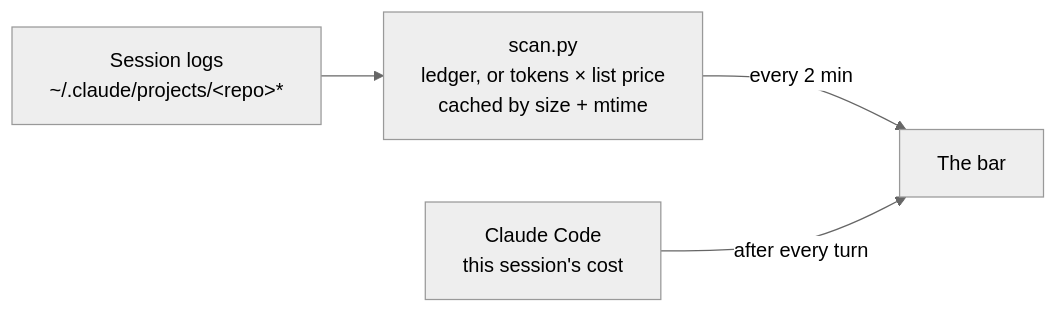
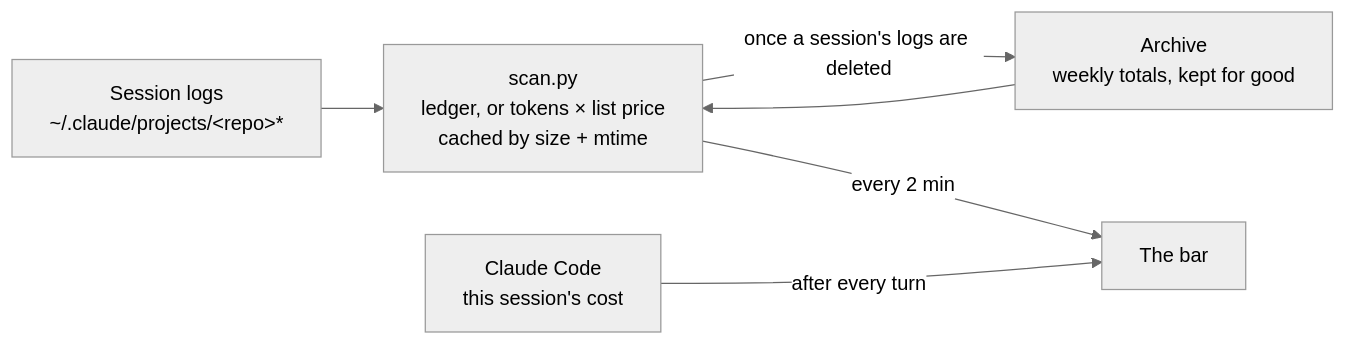
The diagram in plugins/repo-spend/README.md (aseem-upadhyay/qol-mods), drawn with Mermaid (neutral theme) before and after one commit. The commit also changed other lines of this file and 5 other files, not shown here.

First line of the commit message:
repo-spend 0.4.0: archive deleted sessions by week, for every repo

````diff
--- a/plugins/repo-spend/README.md
+++ b/plugins/repo-spend/README.md
@@ -65,6 +65,8 @@
 ```mermaid
 flowchart LR
     logs["Session logs<br/>~/.claude/projects/&lt;repo&gt;*"] --> scan["scan.py<br/>ledger, or tokens × list price<br/>cached by size + mtime"]
+    scan -- "once a session's logs are deleted" --> archive["Archive<br/>weekly totals, kept for good"]
+    archive --> scan
     scan -- "every 2 min" --> bar["The bar"]
     live["Claude Code<br/>this session's cost"] -- "after every turn" --> bar
 ```
````
